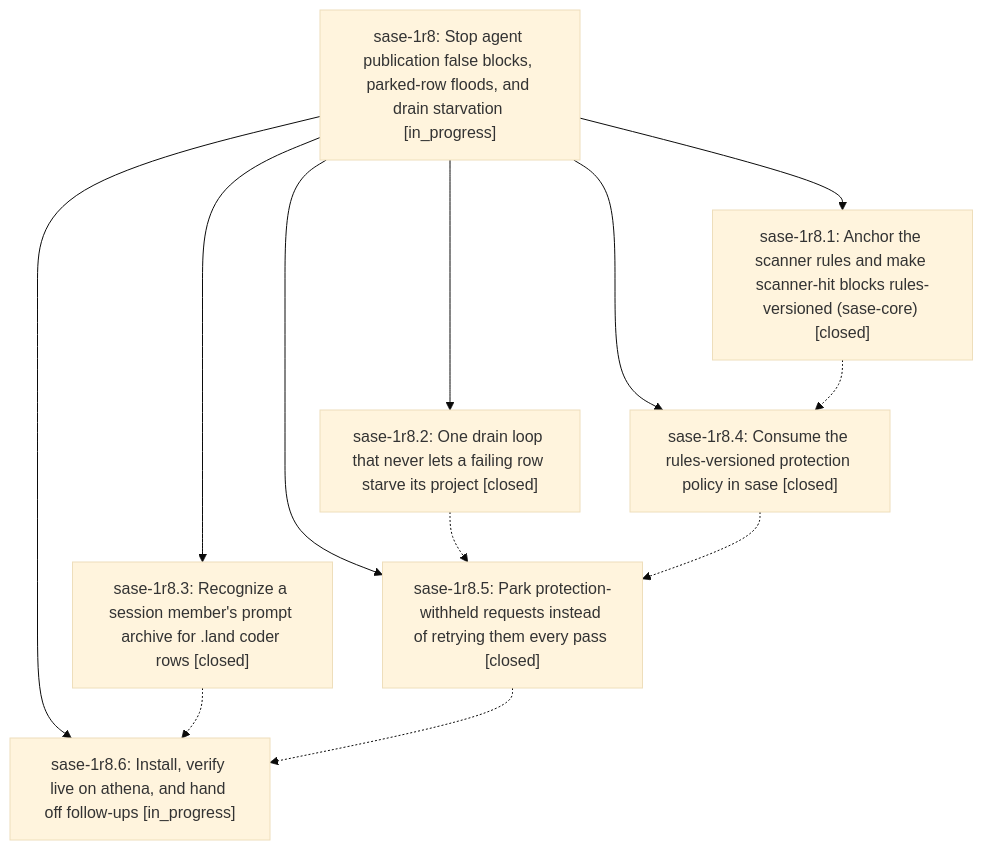
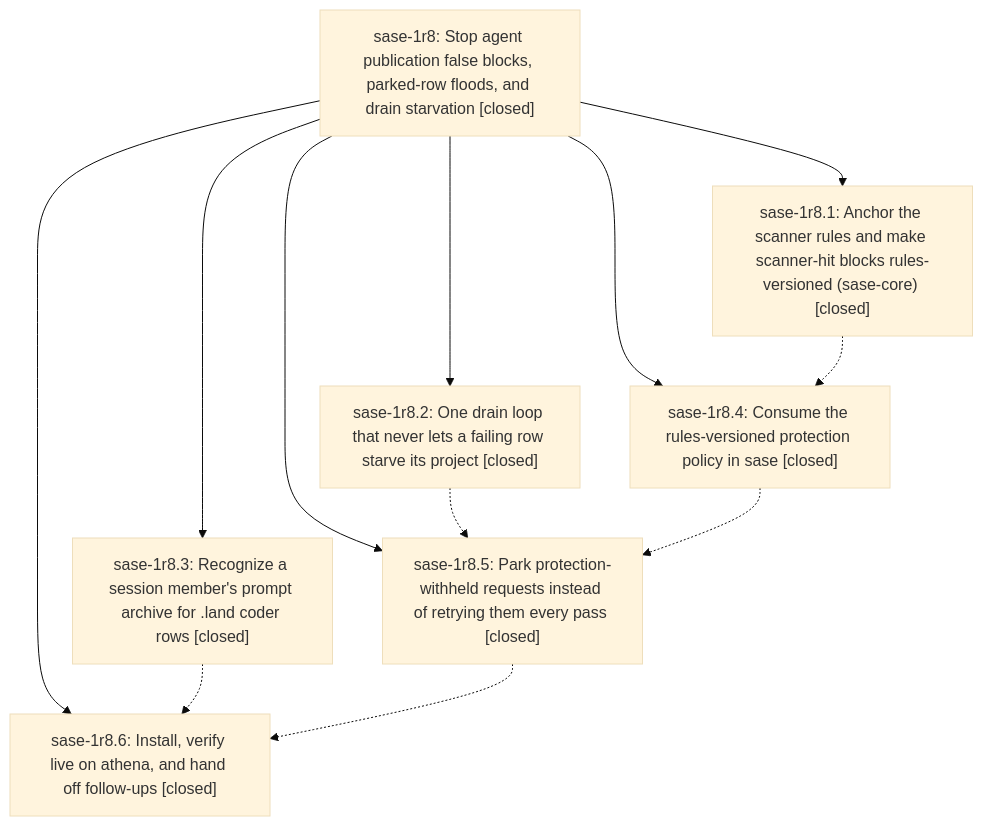
One commit to sase-org/sase--beads changed the diagram in pages/sase-1r8/README.md. Above: the diagram before and after it, drawn with Mermaid (base theme). The commit also changed other lines of this file and 4 other files, not shown here.

````diff
--- a/pages/sase-1r8/README.md
+++ b/pages/sase-1r8/README.md
@@ -47,21 +90,21 @@
 ```mermaid
 flowchart TD
-    n0["sase-1r8: Stop agent publication false blocks, parked-row floods, and drain starvation [in_progress]"]
+    n0["sase-1r8: Stop agent publication false blocks, parked-row floods, and drain starvation [closed]"]
     n1["sase-1r8.1: Anchor the scanner rules and make scanner-hit blocks rules-versioned (sase-core) [closed]"]
     n2["sase-1r8.2: One drain loop that never lets a failing row starve its project [closed]"]
     n3["sase-1r8.3: Recognize a session member's prompt archive for .land coder rows [closed]"]
     n4["sase-1r8.4: Consume the rules-versioned protection policy in sase [closed]"]
     n5["sase-1r8.5: Park protection-withheld requests instead of retrying them every pass [closed]"]
-    n6["sase-1r8.6: Install, verify live on athena, and hand off follow-ups [in_progress]"]
+    n6["sase-1r8.6: Install, verify live on athena, and hand off follow-ups [closed]"]
     n0 --> n1
     n0 --> n2
     n0 --> n3
     n0 --> n4
     n0 --> n5
     n0 --> n6
     n1 -.-> n4
     n2 -.-> n5
     n3 -.-> n6
     n4 -.-> n5
     n5 -.-> n6
 ```
````
